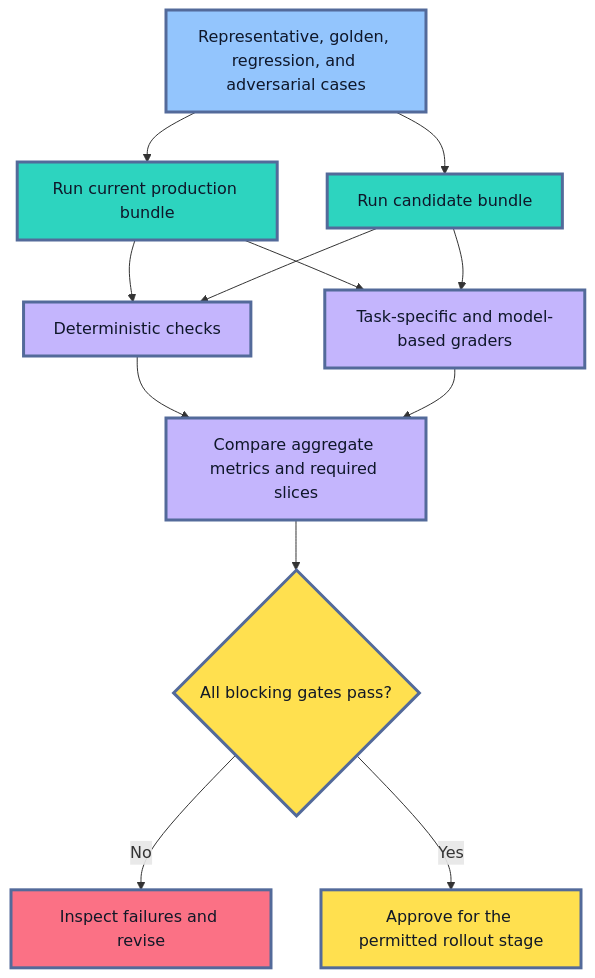
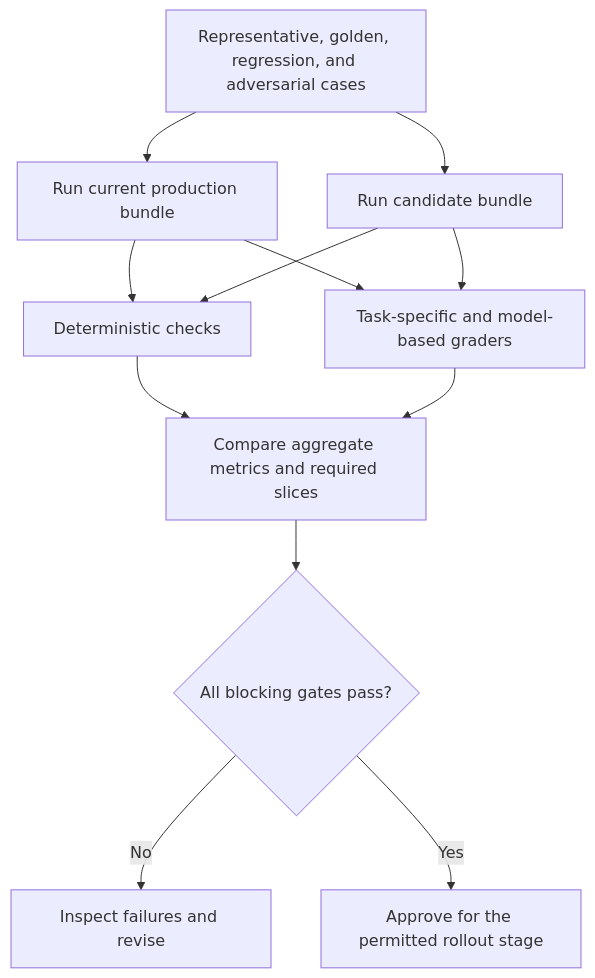
One commit to senlinyy/dev-roadmaps changed the fourth of 6 diagrams in roadmaps/mlops/modules/llmops/llm-app-foundations/04-prompt-versioning-and-release.md. Above: the diagram before and after it, drawn with Mermaid. The commit also changed other lines of this file and 152 other files, not shown here.

Commit message:
feat: mlops and diagrams updated

````diff
--- a/roadmaps/mlops/modules/llmops/llm-app-foundations/04-prompt-versioning-and-release.md
+++ b/roadmaps/mlops/modules/llmops/llm-app-foundations/04-prompt-versioning-and-release.md
@@ -340,25 +331,20 @@
 ```mermaid
 flowchart TD
     A["Representative, golden, regression, and adversarial cases"] --> B["Run current production bundle"]
     A --> C["Run candidate bundle"]
     B --> D["Deterministic checks"]
     C --> D
     B --> E["Task-specific and model-based graders"]
     C --> E
     D --> F["Compare aggregate metrics and required slices"]
     E --> F
     F --> G{"All blocking gates pass?"}
     G -->|"No"| H["Inspect failures and revise"]
     G -->|"Yes"| I["Approve for the permitted rollout stage"]
 
-    classDef cases fill:#93C5FD,stroke:#536A9A,stroke-width:3px,color:#0F172A
-    classDef run fill:#2DD4BF,stroke:#536A9A,stroke-width:3px,color:#0F172A
-    classDef score fill:#C4B5FD,stroke:#536A9A,stroke-width:3px,color:#0F172A
-    classDef decision fill:#FFE04F,stroke:#536A9A,stroke-width:3px,color:#111827
-    classDef fail fill:#FB7185,stroke:#536A9A,stroke-width:3px,color:#111827
     class A cases
     class B,C run
     class D,E,F score
     class G,I decision
     class H fail
 ```
````
